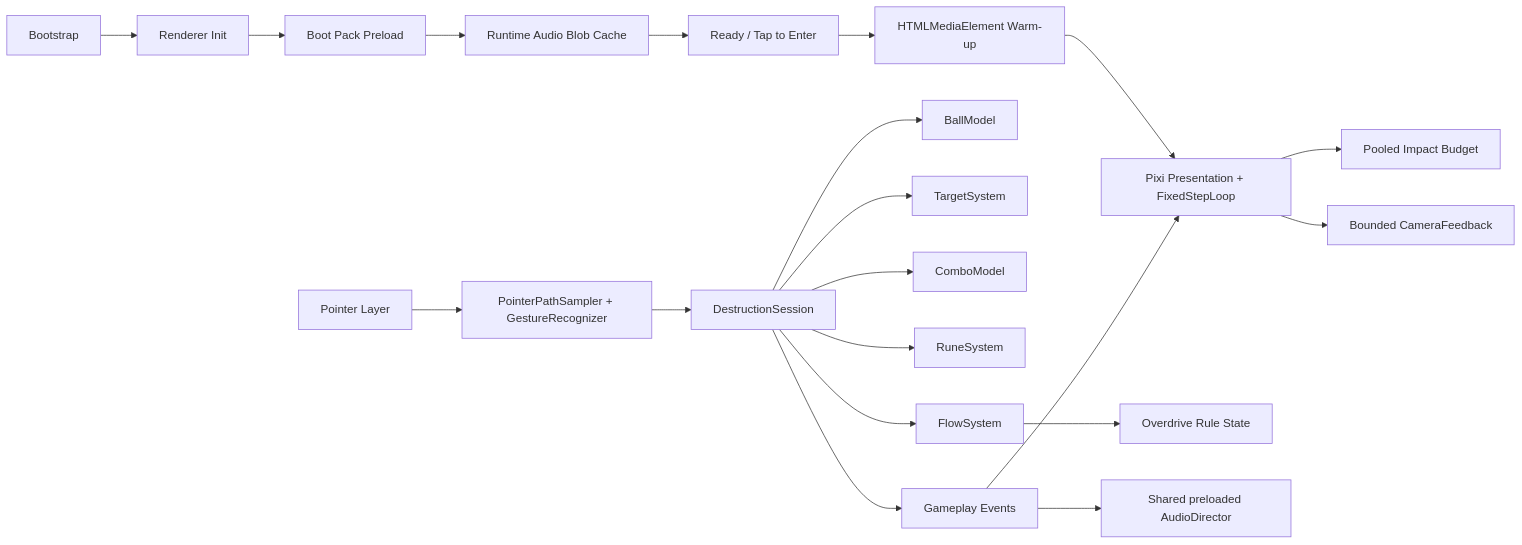
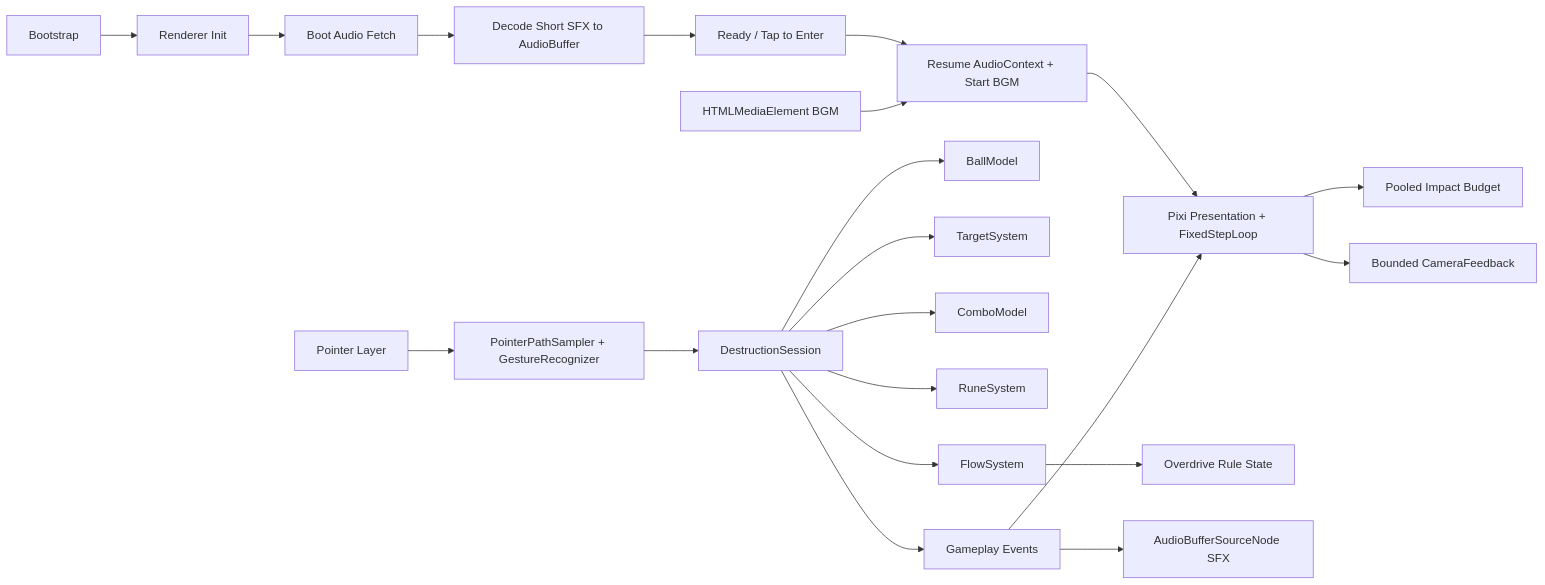
One commit to zeroLR/2D-game-playground changed the diagram in rune-ball/README.md. Above: the diagram before and after it, drawn with Mermaid. The commit also changed other lines of this file, not shown here.

Commit message:
docs(rune-ball): document buffered SFX runtime

````diff
--- a/rune-ball/README.md
+++ b/rune-ball/README.md
@@ -55,22 +58,23 @@
 ```mermaid
 flowchart LR
   Boot[Bootstrap] --> Renderer[Renderer Init]
-  Renderer --> Preload[Boot Pack Preload]
-  Preload --> Blobs[Runtime Audio Blob Cache]
-  Blobs --> Ready[Ready / Tap to Enter]
-  Ready --> Warm[HTMLMediaElement Warm-up]
-  Warm --> Scene[Pixi Presentation + FixedStepLoop]
+  Renderer --> Fetch[Boot Audio Fetch]
+  Fetch --> Decode[Decode Short SFX to AudioBuffer]
+  Decode --> Ready[Ready / Tap to Enter]
+  Ready --> Activate[Resume AudioContext + Start BGM]
+  Activate --> Scene[Pixi Presentation + FixedStepLoop]
   Browser[Pointer Layer] --> Gesture[PointerPathSampler + GestureRecognizer]
   Gesture --> Session[DestructionSession]
   Session --> Ball[BallModel]
   Session --> Targets[TargetSystem]
   Session --> Combo[ComboModel]
   Session --> Runes[RuneSystem]
   Session --> Flow[FlowSystem]
   Flow --> OD[Overdrive Rule State]
   Session --> Events[Gameplay Events]
   Events --> Scene
-  Events --> Audio[Shared preloaded AudioDirector]
+  Events --> SFX[AudioBufferSourceNode SFX]
+  BGM[HTMLMediaElement BGM] --> Activate
   Scene --> Pool[Pooled Impact Budget]
   Scene --> Camera[Bounded CameraFeedback]
 ```
````
